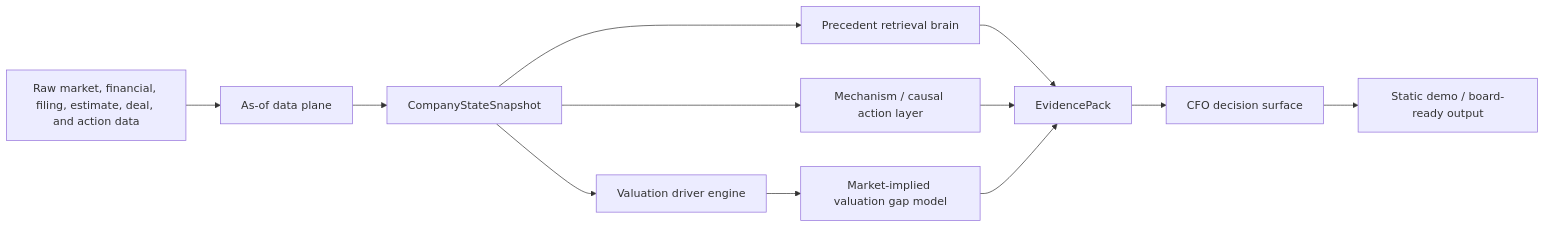
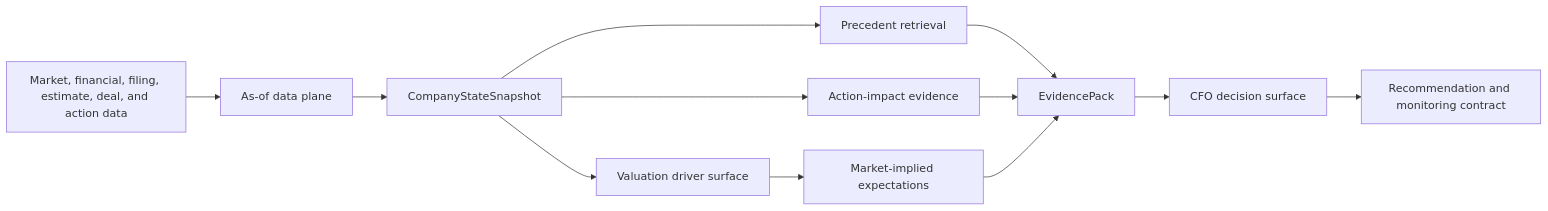
The diagram in README.md (rdfds/axiom-research-platform), drawn with Mermaid before and after one commit. The commit also changed other lines of this file and 31 other files, not shown here.

````diff
--- a/README.md
+++ b/README.md
@@ -35,14 +32,14 @@
 ```mermaid
 flowchart LR
-    A["Raw market, financial, filing, estimate, deal, and action data"] --> B["As-of data plane"]
+    A["Market, financial, filing, estimate, deal, and action data"] --> B["As-of data plane"]
     B --> C["CompanyStateSnapshot"]
-    C --> D["Valuation driver engine"]
-    C --> E["Precedent retrieval brain"]
-    C --> F["Mechanism / causal action layer"]
-    D --> G["Market-implied valuation gap model"]
+    C --> D["Valuation driver surface"]
+    C --> E["Precedent retrieval"]
+    C --> F["Action-impact evidence"]
+    D --> G["Market-implied expectations"]
     E --> H["EvidencePack"]
     F --> H
     G --> H
     H --> I["CFO decision surface"]
-    I --> J["Static demo / board-ready output"]
+    I --> J["Recommendation and monitoring contract"]
 ```
````
